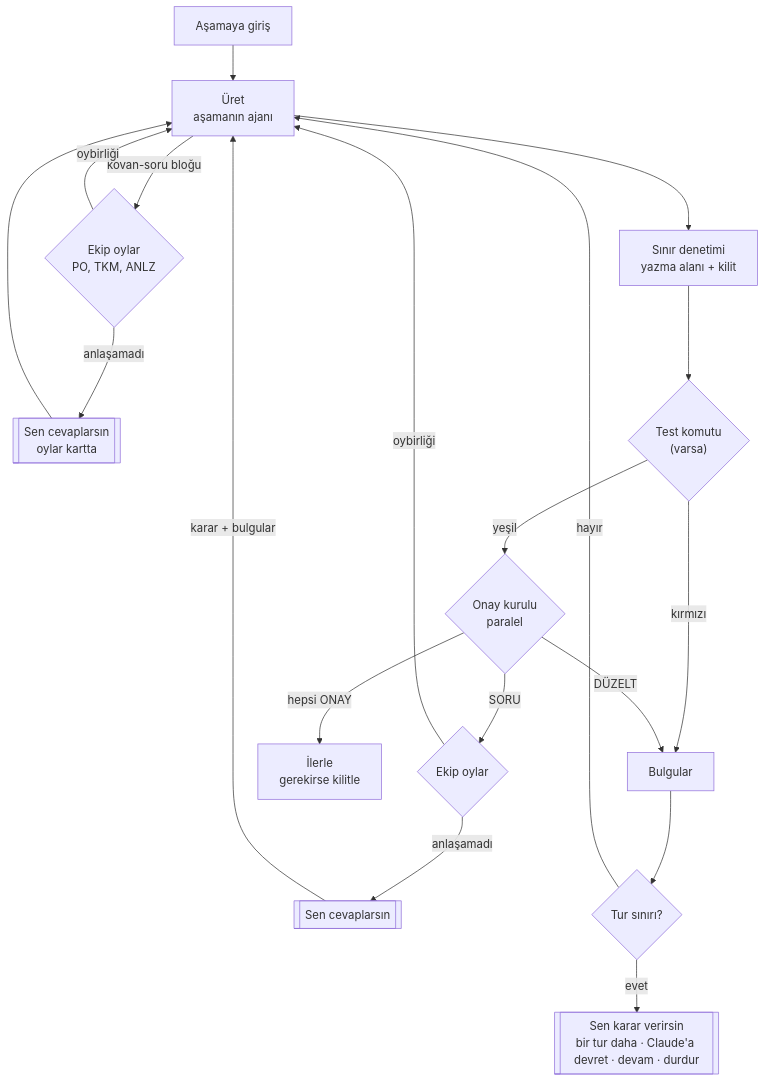
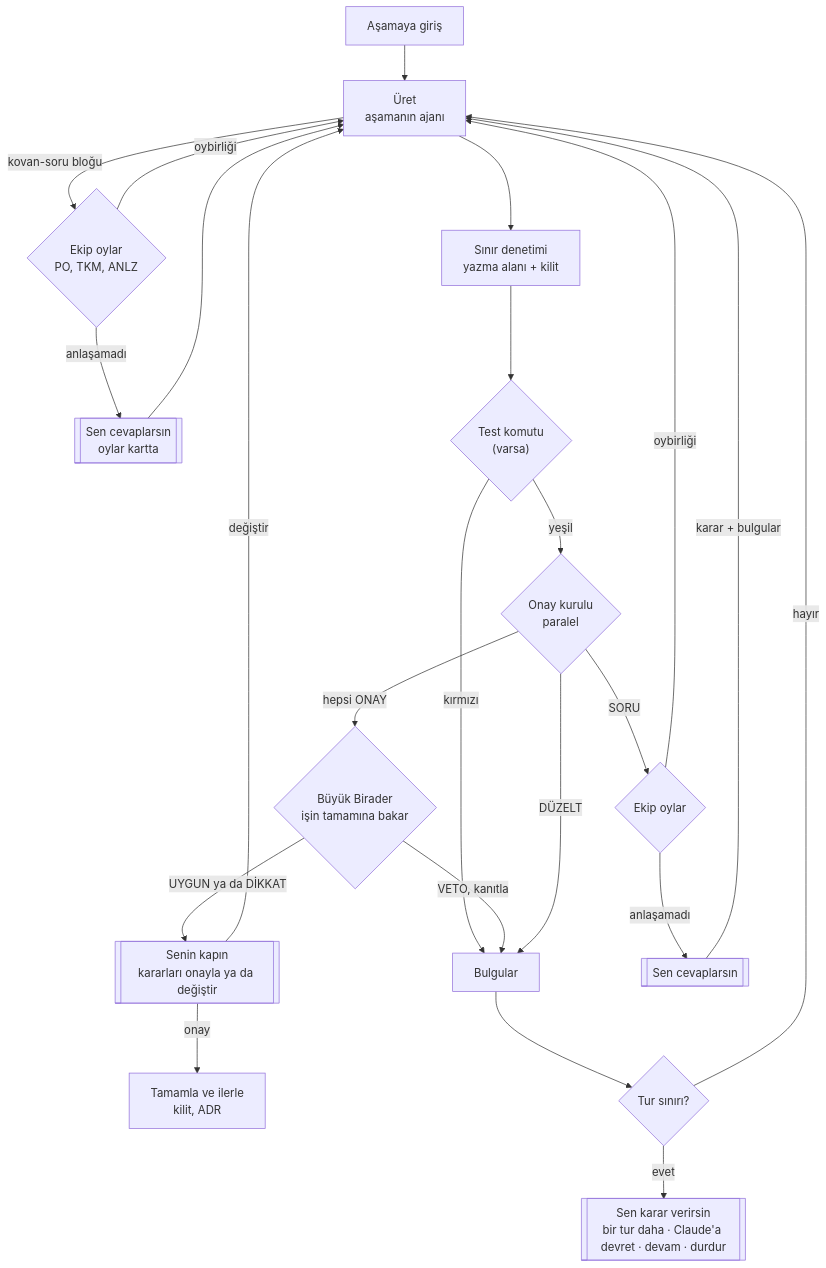
One commit to kagantantan/kovan changed the second of 8 diagrams in README.md. Above: the diagram before and after it, drawn with Mermaid. The commit also changed other lines of this file and 48 other files, not shown here.

````diff
--- a/README.md
+++ b/README.md
@@ -107,21 +114,25 @@
 ```mermaid
 flowchart TD
     G["Aşamaya giriş"] --> U["Üret<br/>aşamanın ajanı"]
     U -->|"kovan-soru bloğu"| OK{"Ekip oylar<br/>PO, TKM, ANLZ"}
     OK -->|oybirliği| U
     OK -->|anlaşamadı| SQ[["Sen cevaplarsın<br/>oylar kartta"]]
     SQ --> U
     U --> SN["Sınır denetimi<br/>yazma alanı + kilit"]
     SN --> TK{"Test komutu<br/>(varsa)"}
     TK -->|kırmızı| B["Bulgular"]
     TK -->|yeşil| KU{"Onay kurulu<br/>paralel"}
-    KU -->|hepsi ONAY| IL["İlerle<br/>gerekirse kilitle"]
+    KU -->|hepsi ONAY| BB{"Büyük Birader<br/>işin tamamına bakar"}
+    BB -->|VETO, kanıtla| B
+    BB -->|UYGUN ya da DİKKAT| KP[["Senin kapın<br/>kararları onayla ya da değiştir"]]
+    KP -->|değiştir| U
+    KP -->|onay| IL["Tamamla ve ilerle<br/>kilit, ADR"]
     KU -->|DÜZELT| B
     KU -->|SORU| OK2{"Ekip oylar"}
     OK2 -->|oybirliği| U
     OK2 -->|anlaşamadı| SK[["Sen cevaplarsın"]]
     SK -->|"karar + bulgular"| U
     B --> TS{"Tur sınırı?"}
     TS -->|hayır| U
     TS -->|evet| H[["Sen karar verirsin<br/>bir tur daha · Claude'a devret · devam · durdur"]]
 ```
````
